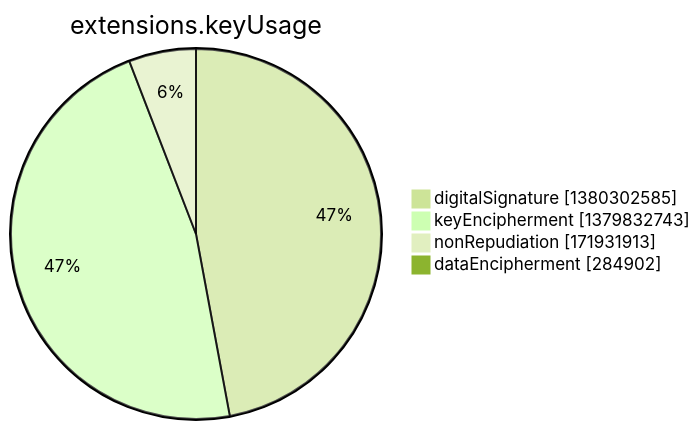
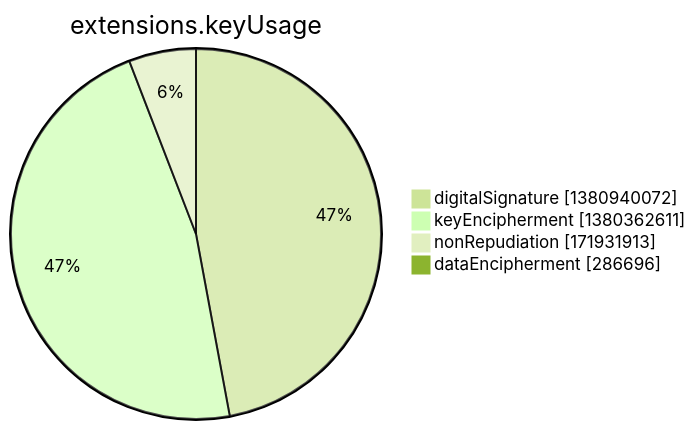
The seventh of 15 diagrams in argon2022/README.md (christiankrug/ctmonitor_visualization), drawn with Mermaid (forest theme) before and after one commit. The commit also changed other lines of this file, not shown here.

````diff
--- a/argon2022/README.md
+++ b/argon2022/README.md
@@ -2751,8 +2751,8 @@
 ```mermaid
 pie showData
 title extensions.keyUsage
-"digitalSignature" :1380302585
-"keyEncipherment" :1379832743
+"digitalSignature" :1380940072
+"keyEncipherment" :1380362611
 "nonRepudiation" :171931913
-"dataEncipherment" :284902
+"dataEncipherment" :286696
 ```
````
